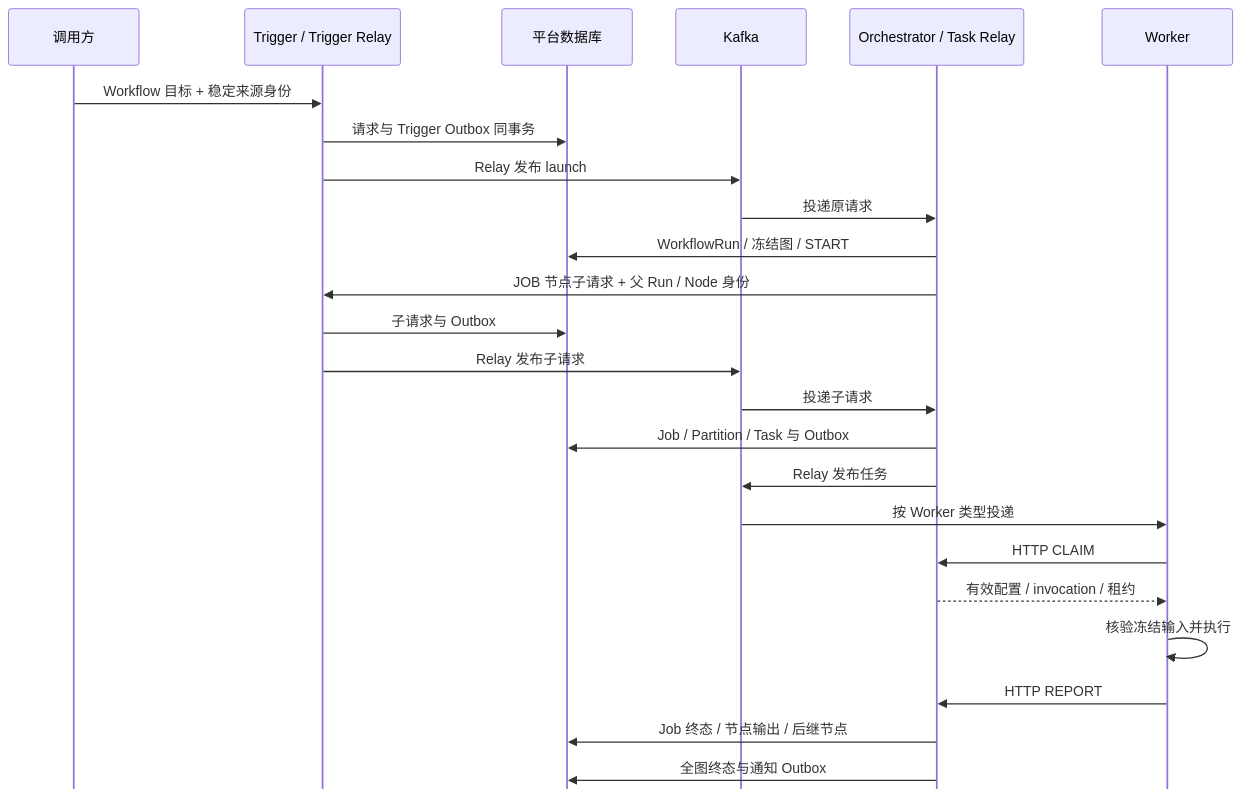
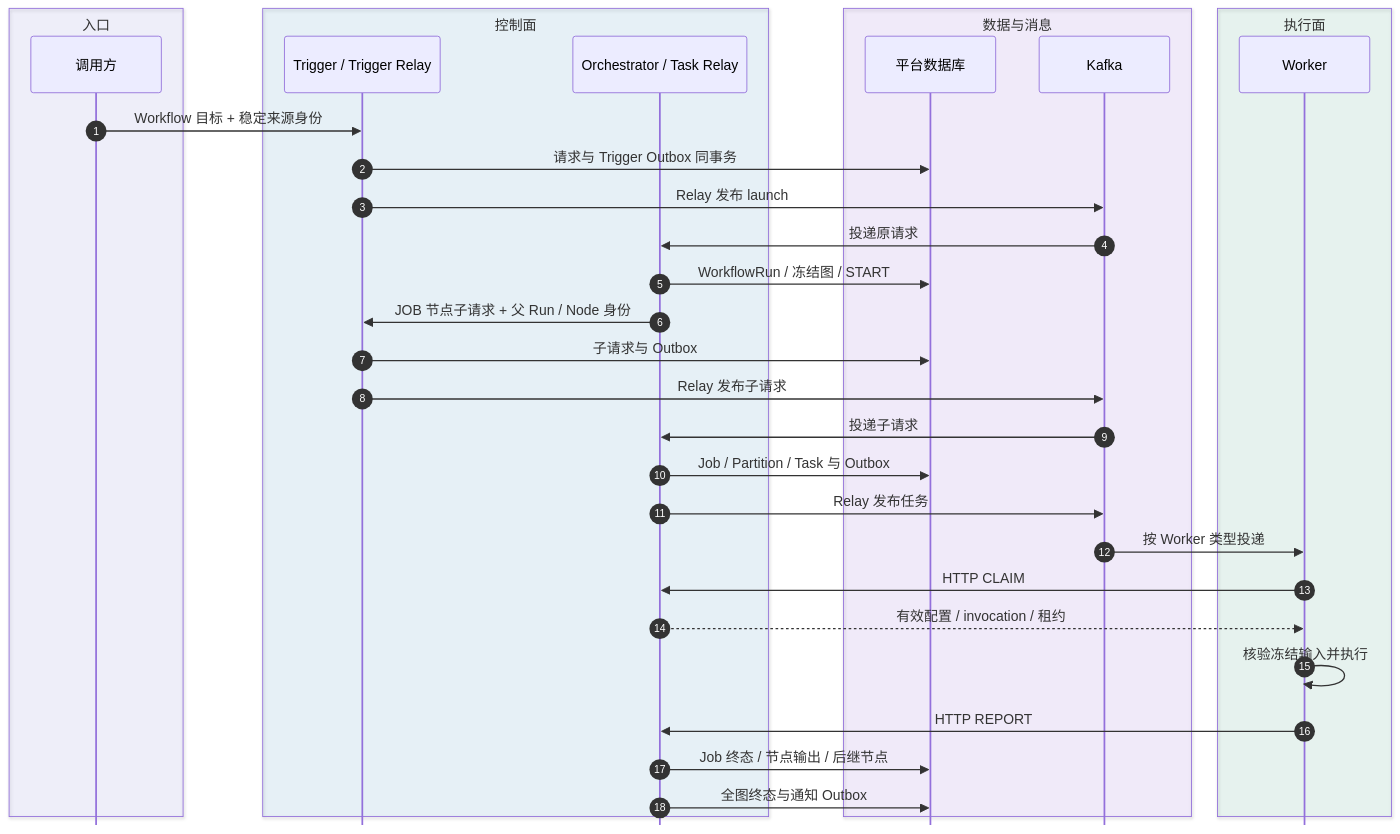
One commit to pinpols/file-batch-system changed the third of 6 diagrams in docs/architecture/workflow-dependency-guide.md. Above: the diagram before and after it, drawn with Mermaid. The commit also changed other lines of this file and 11 other files, not shown here.

First line of the commit message:
docs(diagram): P2 文档图按图例统一并按源码核对状态机 (#1383)

````diff
--- a/docs/architecture/workflow-dependency-guide.md
+++ b/docs/architecture/workflow-dependency-guide.md
@@ -108,28 +108,37 @@
 ```mermaid
 %%{init: {"flowchart":{"curve":"linear","nodeSpacing":32,"rankSpacing":48},"sequence":{"mirrorActors":false}}}%%
 sequenceDiagram
-  participant C as 调用方
-  participant T as Trigger / Trigger Relay
-  participant DB as 平台数据库
-  participant K as Kafka
-  participant O as Orchestrator / Task Relay
-  participant W as Worker
+  autonumber
+  box rgba(99,102,241,0.08) 入口
+    participant C as 调用方
+  end
+  box rgba(2,132,199,0.08) 控制面
+    participant T as Trigger / Trigger Relay
+    participant O as Orchestrator / Task Relay
+  end
+  box rgba(124,58,237,0.08) 数据与消息
+    participant DB as 平台数据库
+    participant K as Kafka
+  end
+  box rgba(5,150,105,0.08) 执行面
+    participant W as Worker
+  end
   C->>T: Workflow 目标 + 稳定来源身份
   T->>DB: 请求与 Trigger Outbox 同事务
   T->>K: Relay 发布 launch
   K->>O: 投递原请求
   O->>DB: WorkflowRun / 冻结图 / START
   O->>T: JOB 节点子请求 + 父 Run / Node 身份
   T->>DB: 子请求与 Outbox
   T->>K: Relay 发布子请求
   K->>O: 投递子请求
   O->>DB: Job / Partition / Task 与 Outbox
   O->>K: Relay 发布任务
   K->>W: 按 Worker 类型投递
   W->>O: HTTP CLAIM
   O-->>W: 有效配置 / invocation / 租约
   W->>W: 核验冻结输入并执行
   W->>O: HTTP REPORT
   O->>DB: Job 终态 / 节点输出 / 后继节点
   O->>DB: 全图终态与通知 Outbox
 ```
````
